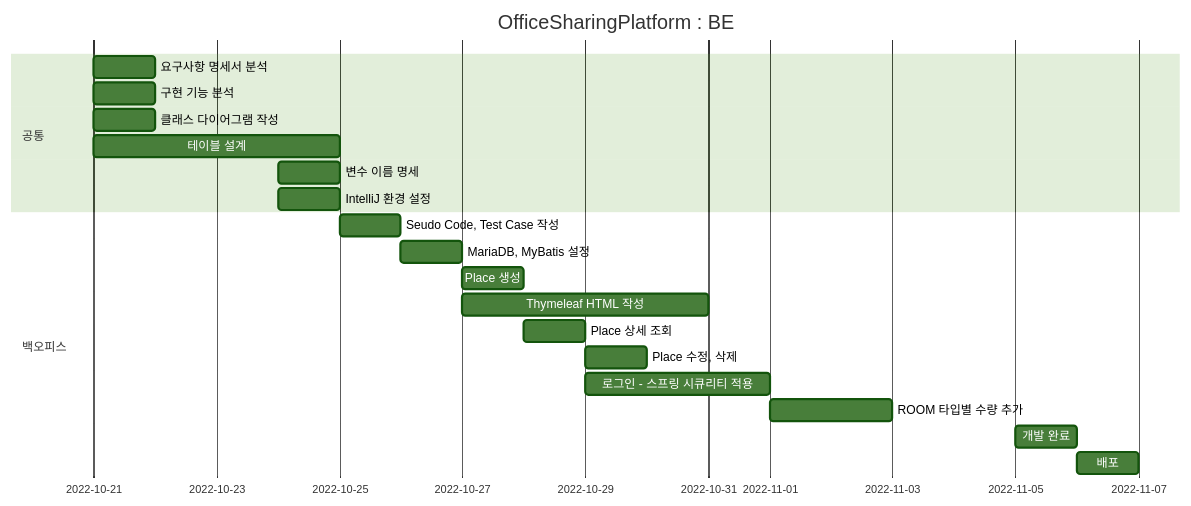
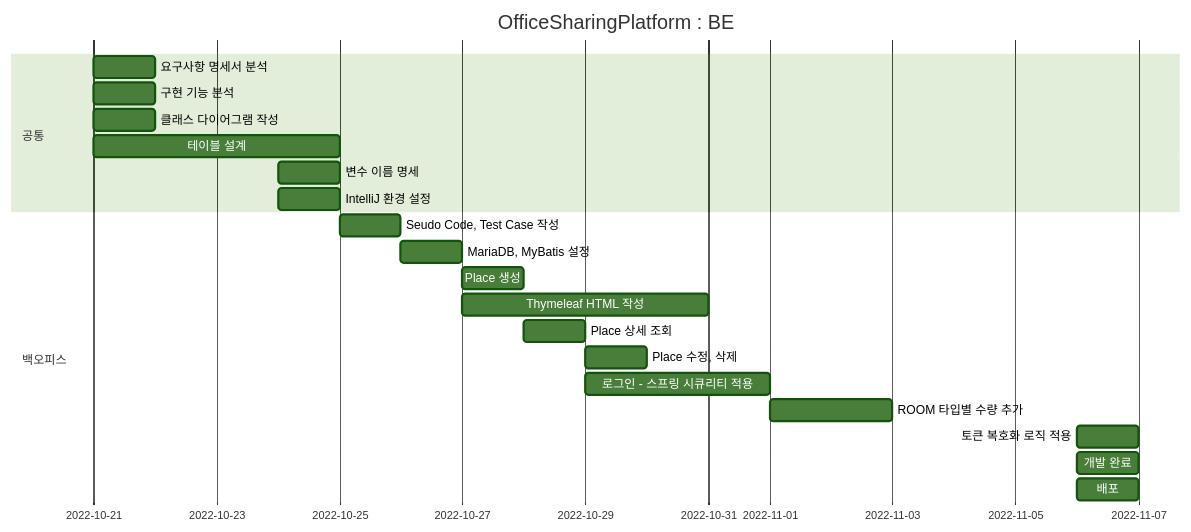
Before and after one commit to Hell-O-Demon-World/semi-OfficeSharingPlatform: the diagram in README.md, drawn with Mermaid (forest theme).

Commit message:
update : README

````diff
--- a/README.md
+++ b/README.md
@@ -3,25 +3,26 @@
 ```mermaid
 gantt
 dateFormat MM-DD
 title OfficeSharingPlatform : BE
 
     section 공통
     요구사항 명세서 분석      :chap1, 10-21, 1d
     구현 기능 분석          :chap2, 10-21, 1d
     클래스 다이어그램 작성    :chap3, 10-21, 1d 
     테이블 설계            :chap4, 10-21, 4d
     변수 이름 명세          :chap5, 10-24, 1d
     IntelliJ 환경 설정     :chap6, 10-24, 1d
     
     section 백오피스
     Seudo Code, Test Case 작성    :chap1, 10-25, 1d
     MariaDB, MyBatis 설정         :chap2, 10-26, 1d
     Place 생성                    :chap3, 10-27, 1d
     Thymeleaf HTML 작성           :chap4, 10-27, 4d
     Place 상세 조회                :chap5, 10-28, 1d
     Place 수정, 삭제               :chap6, 10-29, 1d
     로그인 - 스프링 시큐리티 적용       :chap7, 10-29, 3d
     ROOM 타입별 수량 추가            :chap8, 11-01, 2d
-    개발 완료                      :chap9, 11-05, 1d
-    배포                          :chap10, 11-06, 1d
+    토큰 복호화 로직 적용             :chap9, 11-06, 1d
+    개발 완료                      :chap10, 11-06, 1d
+    배포                          :chap11, 11-06, 1d
 ```
````
